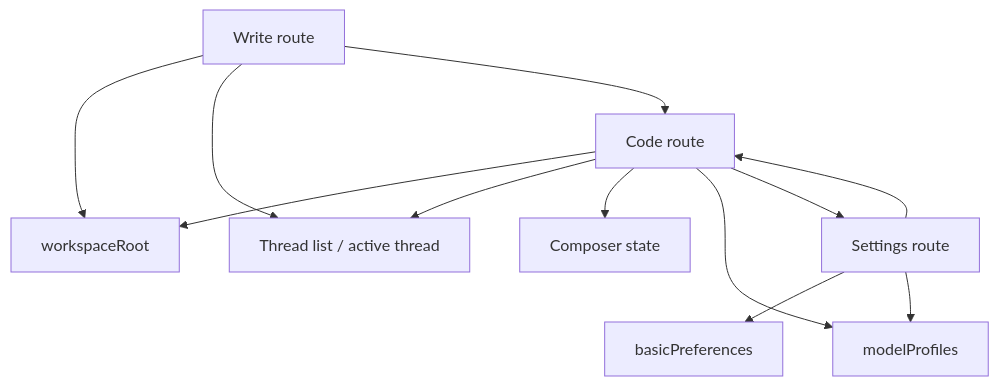
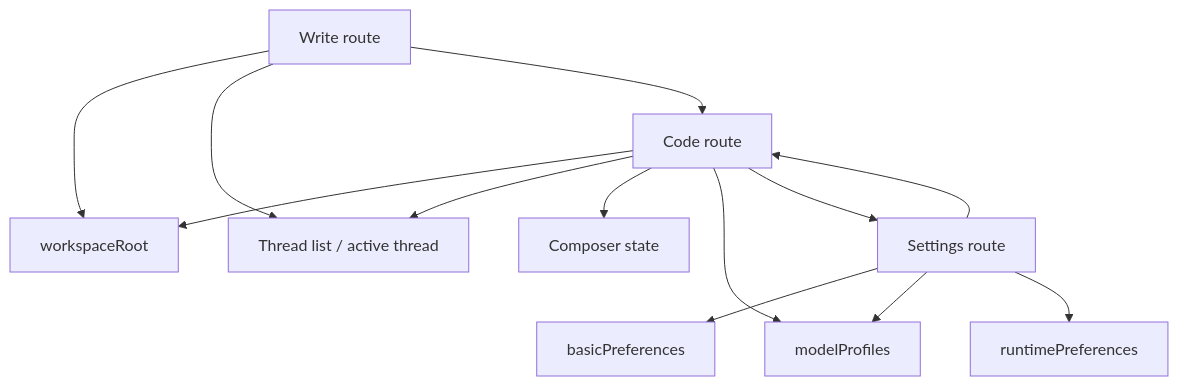
One commit to dp-sudo/agent-pyramid-desktop changed the fifth of 5 diagrams in docs/ui-layout-reference.md. Above: the diagram before and after it, drawn with Mermaid. The commit also changed other lines of this file and 53 other files, not shown here.

````diff
--- a/docs/ui-layout-reference.md
+++ b/docs/ui-layout-reference.md
@@ -763,23 +848,25 @@
 ```mermaid
 flowchart TD
   Code["Code route"]
   Write["Write route"]
   Settings["Settings route"]
   Workspace["workspaceRoot"]
   Threads["Thread list / active thread"]
   Composer["Composer state"]
   Preferences["basicPreferences"]
   ModelProfiles["modelProfiles"]
+  RuntimePreferences["runtimePreferences"]
 
   Code --> Workspace
   Code --> Threads
   Code --> Composer
   Code --> ModelProfiles
   Write --> Workspace
   Write --> Threads
   Settings --> Preferences
   Settings --> ModelProfiles
+  Settings --> RuntimePreferences
   Settings --> Code
   Write --> Code
   Code --> Settings
 ```
````
